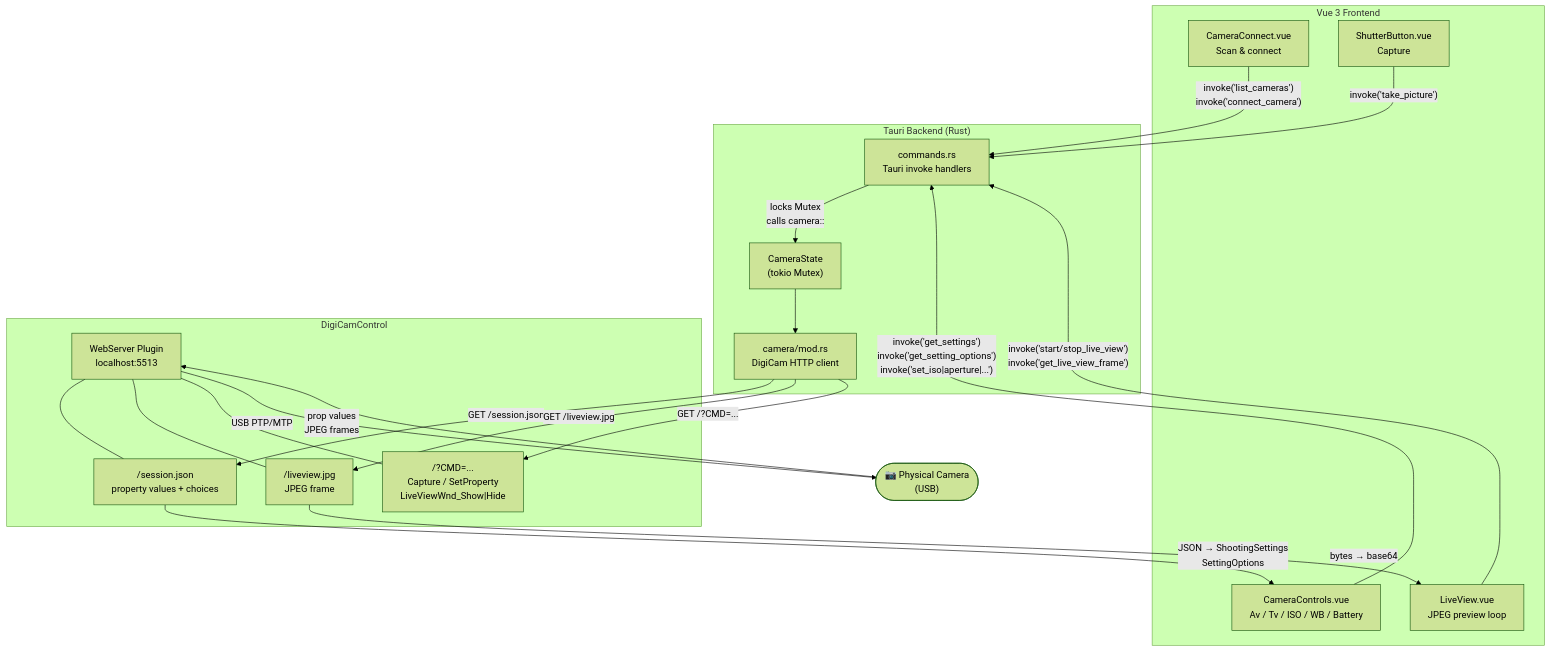
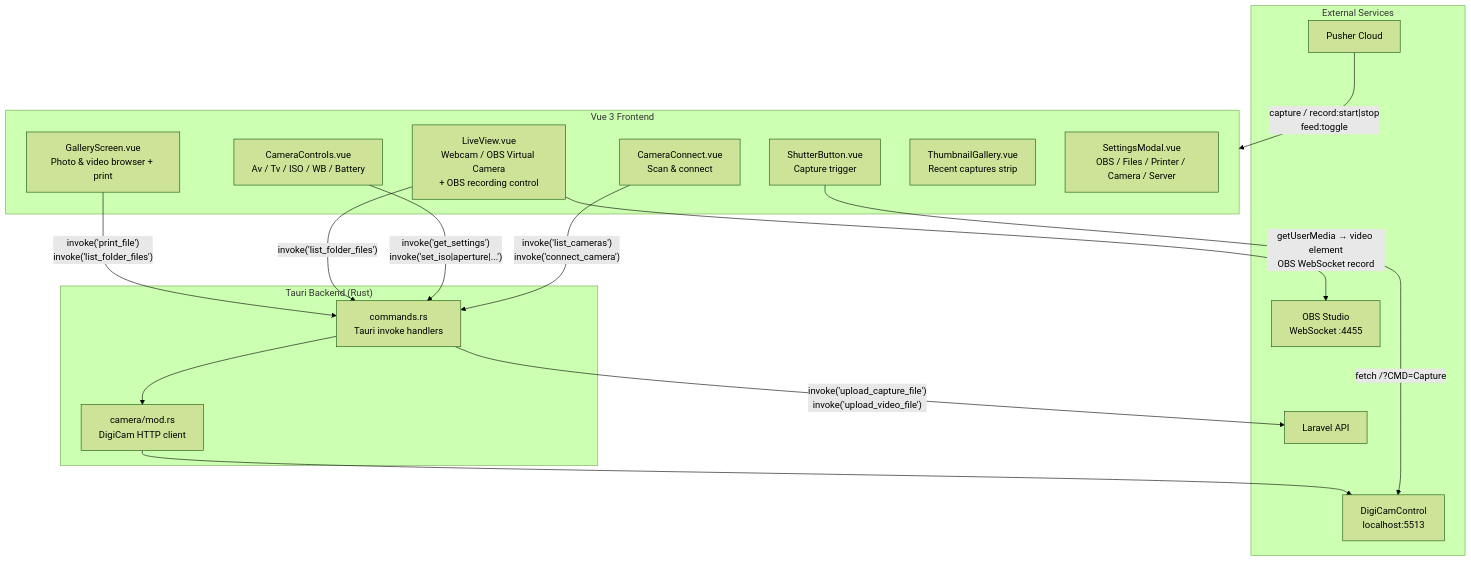
Before and after one commit to whei2419/Camera-Controls: the second of 5 diagrams in README.md, drawn with Mermaid (forest theme). The commit also changed other lines of this file, not shown here.

Commit message:
feat: enhance README with detailed features, installation steps, and remote control via Pusher

````diff
--- a/README.md
+++ b/README.md
@@ -41,46 +80,34 @@
 ```mermaid
 flowchart TD
     subgraph Frontend ["Vue 3 Frontend"]
         CC["CameraConnect.vue\nScan & connect"]
         CTRL["CameraControls.vue\nAv / Tv / ISO / WB / Battery"]
-        LV["LiveView.vue\nJPEG preview loop"]
-        SB["ShutterButton.vue\nCapture"]
+        LV["LiveView.vue\nWebcam / OBS Virtual Camera\n+ OBS recording control"]
+        SB["ShutterButton.vue\nCapture trigger"]
+        GS["GalleryScreen.vue\nPhoto & video browser + print"]
+        TG["ThumbnailGallery.vue\nRecent captures strip"]
+        SM["SettingsModal.vue\nOBS / Files / Printer / Camera / Server"]
     end
 
     subgraph Backend ["Tauri Backend (Rust)"]
         CMD["commands.rs\nTauri invoke handlers"]
         CAM["camera/mod.rs\nDigiCam HTTP client"]
-        STATE["CameraState\n(tokio Mutex)"]
     end
 
-    subgraph DigiCam ["DigiCamControl"]
-        WS["WebServer Plugin\nlocalhost:5513"]
-        SESS["/session.json\nproperty values + choices"]
-        LIVE["/liveview.jpg\nJPEG frame"]
-        CMDEP["/?CMD=...\nCapture / SetProperty\nLiveViewWnd_Show|Hide"]
+    subgraph External ["External Services"]
+        DC["DigiCamControl\nlocalhost:5513"]
+        OBS["OBS Studio\nWebSocket :4455"]
+        PU["Pusher Cloud"]
+        SRV["Laravel API"]
     end
 
-    PHYS(["📷 Physical Camera\n(USB)"])
-
     CC -- "invoke('list_cameras')\ninvoke('connect_camera')" --> CMD
-    CTRL -- "invoke('get_settings')\ninvoke('get_setting_options')\ninvoke('set_iso|aperture|...')" --> CMD
-    LV -- "invoke('start/stop_live_view')\ninvoke('get_live_view_frame')" --> CMD
-    SB -- "invoke('take_picture')" --> CMD
-
-    CMD -- "locks Mutex\ncalls camera::" --> STATE
-    STATE --> CAM
-
-    CAM -- "GET /session.json" --> SESS
-    CAM -- "GET /liveview.jpg" --> LIVE
-    CAM -- "GET /?CMD=..." --> CMDEP
-
-    WS --- SESS
-    WS --- LIVE
-    WS --- CMDEP
-
-    WS -- "USB PTP/MTP" --> PHYS
-    PHYS -- "prop values\nJPEG frames" --> WS
-
-    LIVE -- "bytes → base64" --> LV
-    SESS -- "JSON → ShootingSettings\nSettingOptions" --> CTRL
+    CTRL -- "invoke('get_settings')\ninvoke('set_iso|aperture|...')" --> CMD
+    LV -- "getUserMedia → video element\nOBS WebSocket record" --> OBS
+    SB -- "fetch /?CMD=Capture" --> DC
+    CMD --> CAM --> DC
+    LV -- "invoke('list_folder_files')" --> CMD
+    GS -- "invoke('print_file')\ninvoke('list_folder_files')" --> CMD
+    CMD -- "invoke('upload_capture_file')\ninvoke('upload_video_file')" --> SRV
+    PU -- "capture / record:start|stop\nfeed:toggle" --> Frontend
 ```
````
